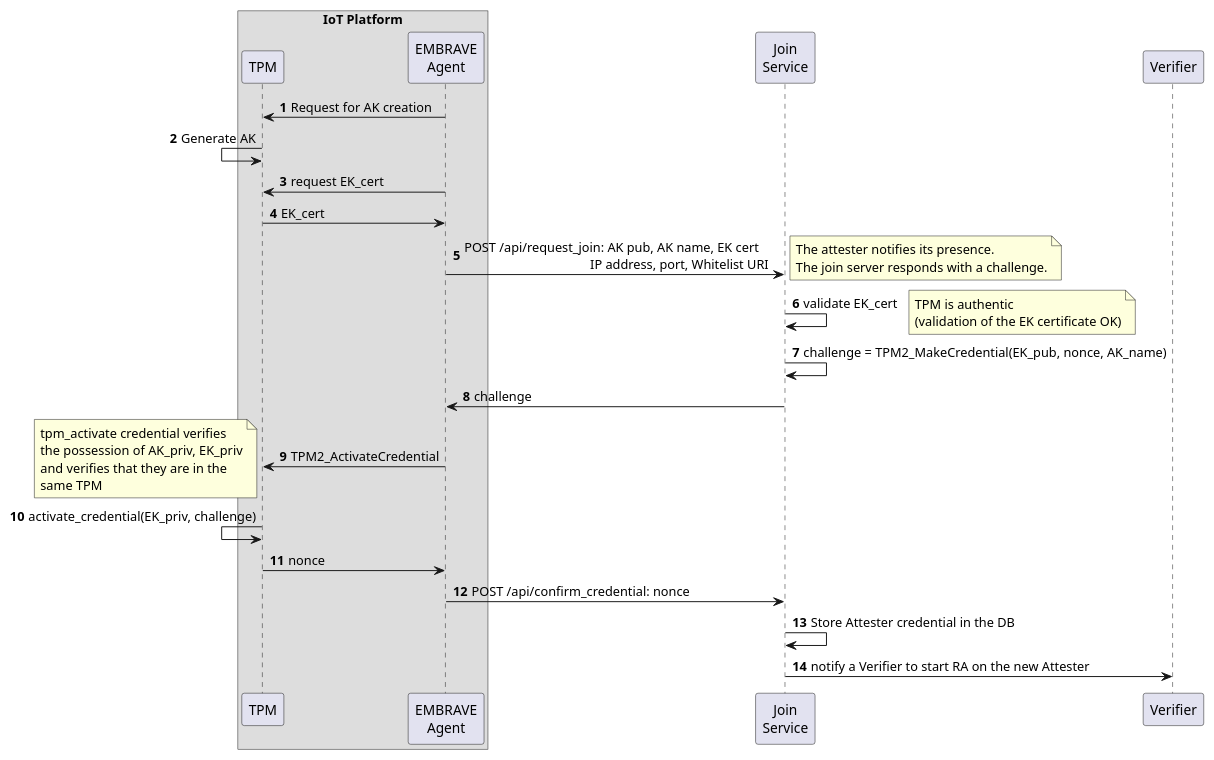
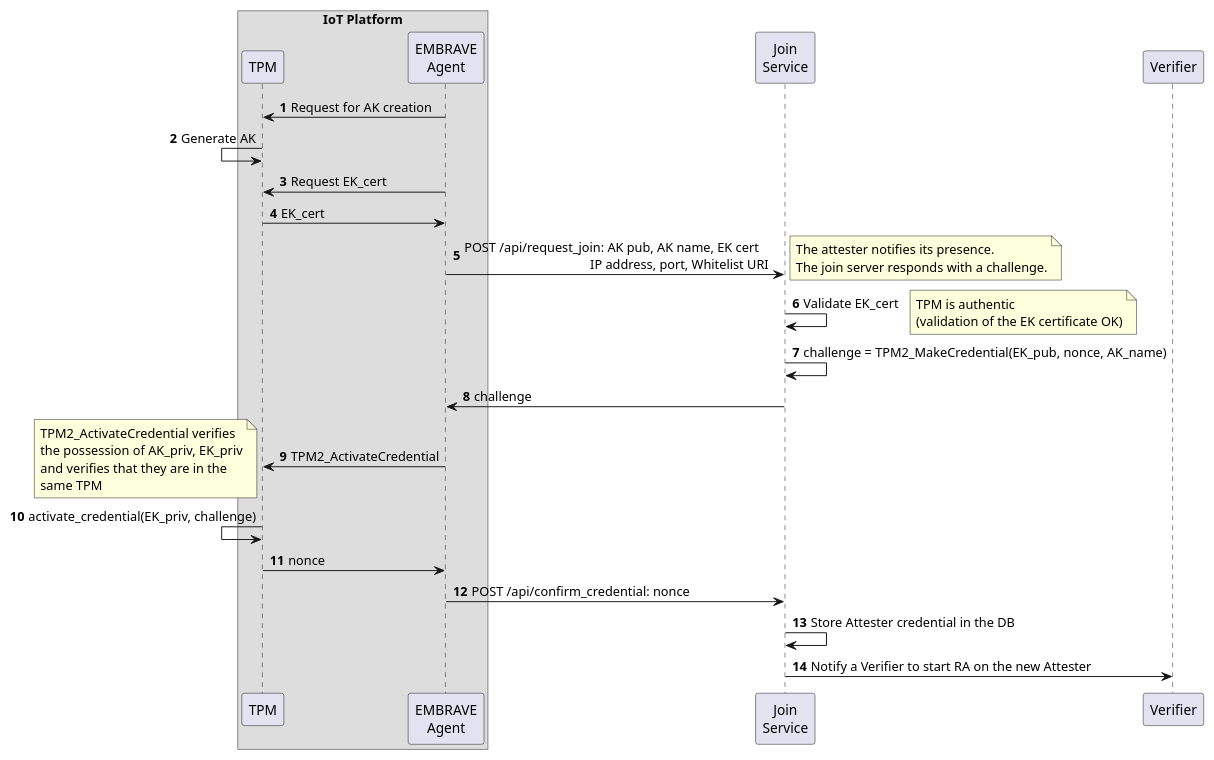
The diagram in docs/protocols/join.puml (Cybersecurity-LINKS/embrave), drawn with PlantUML before and after one commit. The commit also changed 1 other file, not shown here.

Commit message:
docs: update join protocol diagram (fix some typo)

```diff
--- a/docs/protocols/join.puml
+++ b/docs/protocols/join.puml
@@ -1,50 +1,50 @@
 @startuml join
 'title
 'Attester Join protocol
 'end title
 autonumber
 
 box "IoT Platform"
 participant TPM
 participant "EMBRAVE\nAgent" as attester_agent
 endbox
 participant "Join\nService" as join_service
 
 '== LAK creation ==
 TPM<-attester_agent: Request for AK creation
 TPM<-TPM: Generate AK
 
 '== Start Join protocol ==
-TPM<-attester_agent: request EK_cert
+TPM<-attester_agent: Request EK_cert
 TPM->attester_agent: EK_cert
 attester_agent->join_service: POST /api/request_join: AK pub, AK name, EK cert\n                                      IP address, port, Whitelist URI
 note right
 The attester notifies its presence.
 The join server responds with a challenge.
 end note
 
 ' alt alredy joined
 '  join_service->attester_agent: OK
 ' else join
-  join_service->join_service: validate EK_cert
+  join_service->join_service: Validate EK_cert
   note right
     TPM is authentic
     (validation of the EK certificate OK)
   end note
   join_service->join_service: challenge = TPM2_MakeCredential(EK_pub, nonce, AK_name)
   attester_agent<-join_service: challenge
   TPM<-attester_agent: TPM2_ActivateCredential
   note left
-    tpm_activate credential verifies
+    TPM2_ActivateCredential verifies
     the possession of AK_priv, EK_priv
     and verifies that they are in the
     same TPM
   end note
   TPM<-TPM: activate_credential(EK_priv, challenge)
   TPM->attester_agent: nonce
   attester_agent->join_service: POST /api/confirm_credential: nonce
   join_service->join_service: Store Attester credential in the DB
-  join_service->Verifier: notify a Verifier to start RA on the new Attester
+  join_service->Verifier: Notify a Verifier to start RA on the new Attester
 ' end
 
 @enduml
```
